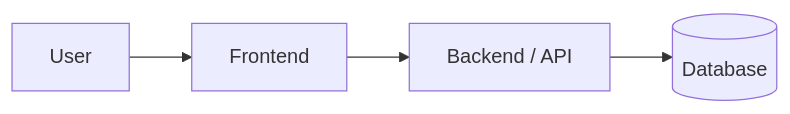
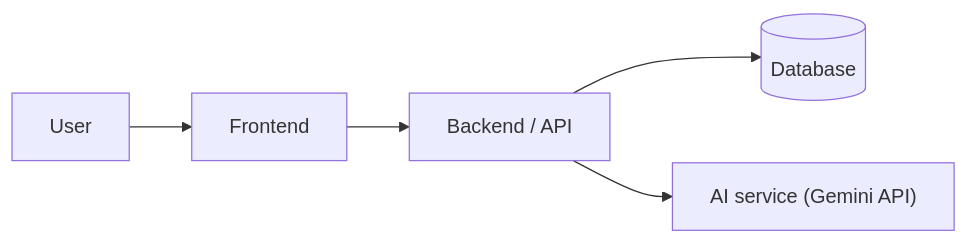
Before and after one commit to YYalcinoz/SENG383-Project: the first of 4 diagrams in docs/SDD.md, drawn with Mermaid. The commit also changed other lines of this file, not shown here.

Commit message:
HLX-53 Add AI module design with Gemini API to SDD

````diff
--- a/docs/SDD.md
+++ b/docs/SDD.md
@@ -17,6 +17,7 @@
 ```mermaid
 flowchart LR
     User --> Frontend
     Frontend --> Backend["Backend / API"]
     Backend --> DB[(Database)]
+    Backend --> AI["AI service (Gemini API)"]
 ```
````
